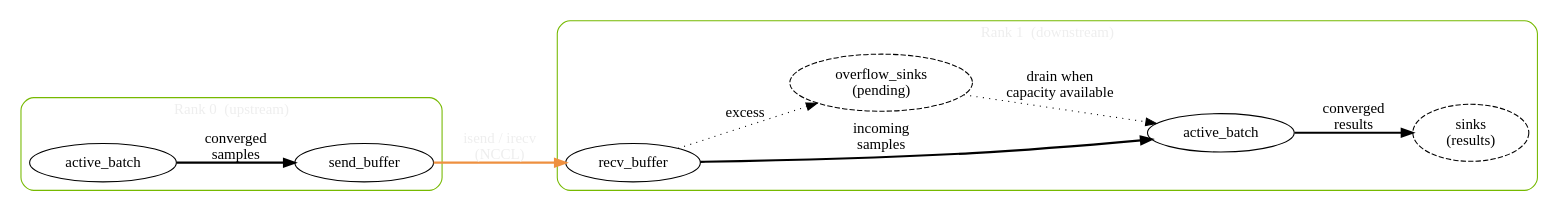
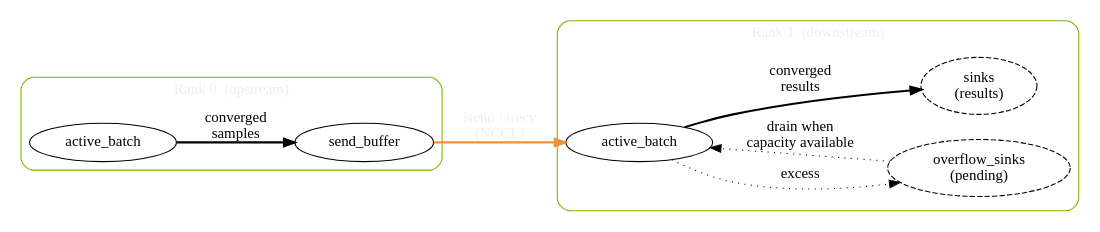
The diagram in docs/userguide/dynamics.md (NVIDIA/nvalchemi-toolkit), drawn with Graphviz before and after one commit. The commit also changed 5 other files, not shown here.

````diff
--- a/docs/userguide/dynamics.md
+++ b/docs/userguide/dynamics.md
@@ -372,45 +372,43 @@
 ```{graphviz}
 :caption: Buffer synchronization between two adjacent ranks in a DistributedPipeline.
 
 digraph buffer_sync {
     rankdir=LR
     compound=true
 
     subgraph cluster_upstream {
         label="Rank 0  (upstream)"
         style=rounded
         color="#76b900"
         fontcolor="#eeeeee"
 
         u_batch [label="active_batch"]
         u_send  [label="send_buffer" fillcolor="#4a3315"]
 
         u_batch -> u_send [label="converged\nsamples" style=bold]
     }
 
     subgraph cluster_downstream {
         label="Rank 1  (downstream)"
         style=rounded
         color="#76b900"
         fontcolor="#eeeeee"
 
-        d_recv  [label="recv_buffer" fillcolor="#4a3315"]
         d_batch [label="active_batch"]
         d_overflow [label="overflow_sinks\n(pending)" style=dashed]
         d_sinks [label="sinks\n(results)" style=dashed]
 
-        d_recv -> d_batch [label="incoming\nsamples" style=bold]
-        d_recv -> d_overflow [label="excess" style=dotted]
+        d_batch -> d_overflow [label="excess" style=dotted]
         d_overflow -> d_batch [label="drain when\ncapacity available" style=dotted]
         d_batch -> d_sinks [label="converged\nresults" style=bold]
     }
 
-    u_send -> d_recv [
+    u_send -> d_batch [
         label="isend / irecv\n(NCCL)";
         style=bold;
         color="#ee9040";
         fontcolor="#eeeeee";
         penwidth=2;
     ]
 }
 ```
````
